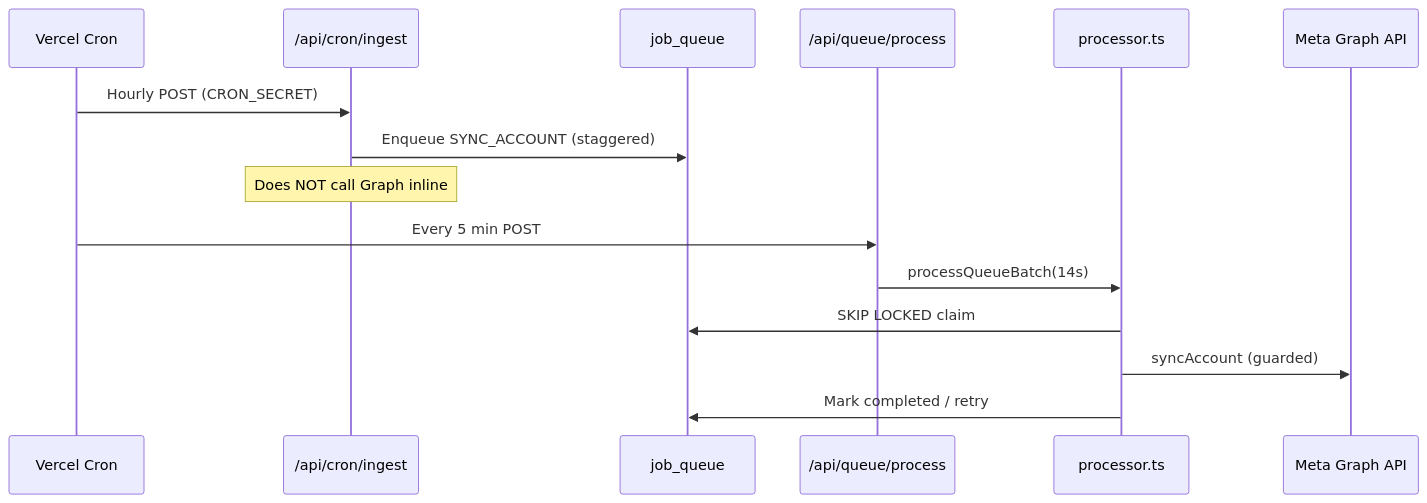
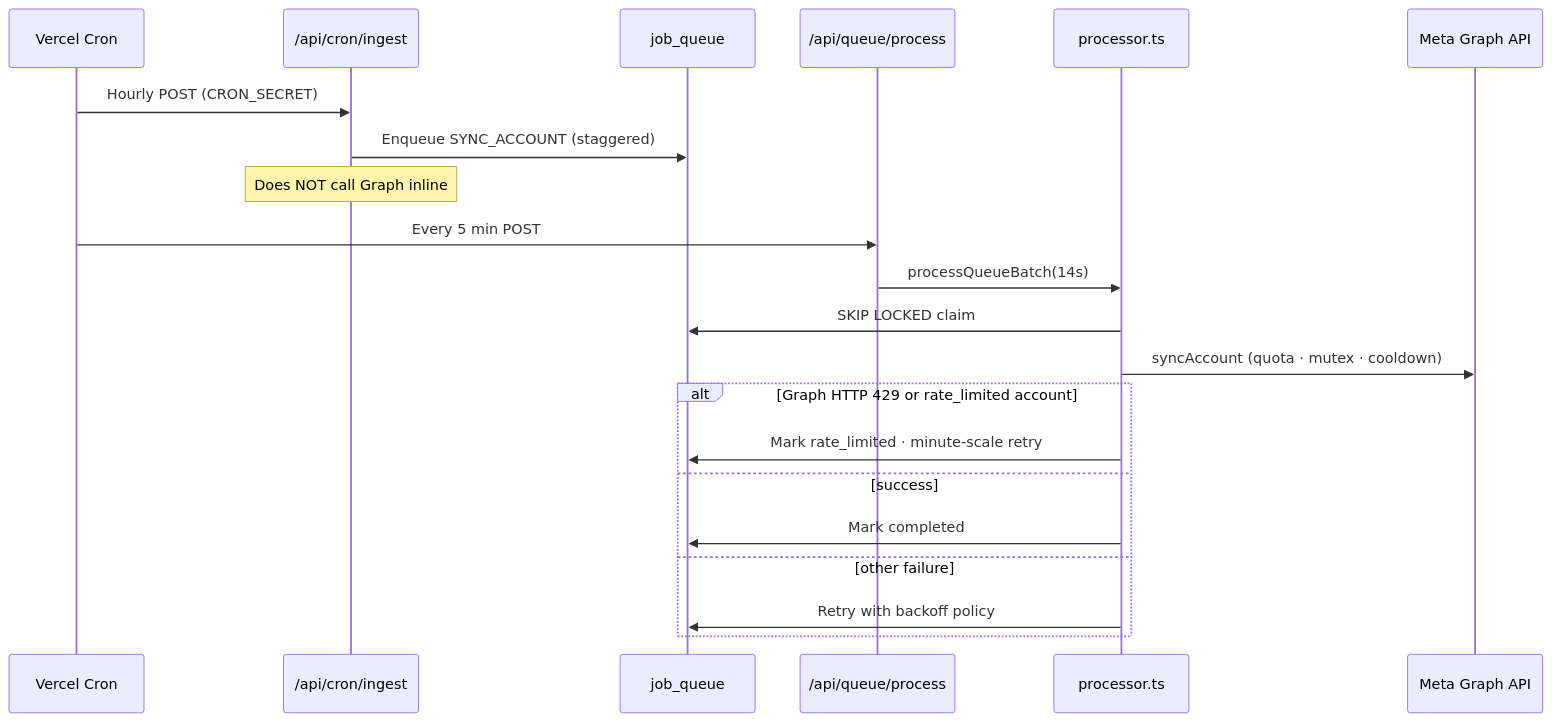
The diagram in docs/instagram-setup.md (Jainam2848/ReelMetrics), drawn with Mermaid before and after one commit. The commit also changed other lines of this file and 7 other files, not shown here.

First line of the commit message:
docs: align Mermaid diagrams across docs, spec, and playbook

````diff
--- a/docs/instagram-setup.md
+++ b/docs/instagram-setup.md
@@ -191,19 +191,26 @@
 ```mermaid
 sequenceDiagram
     participant Cron as Vercel Cron
     participant Ingest as /api/cron/ingest
     participant Queue as job_queue
     participant Process as /api/queue/process
     participant Worker as processor.ts
     participant IG as Meta Graph API
 
     Cron->>Ingest: Hourly POST (CRON_SECRET)
     Ingest->>Queue: Enqueue SYNC_ACCOUNT (staggered)
     Note over Ingest: Does NOT call Graph inline
 
     Cron->>Process: Every 5 min POST
     Process->>Worker: processQueueBatch(14s)
     Worker->>Queue: SKIP LOCKED claim
-    Worker->>IG: syncAccount (guarded)
-    Worker->>Queue: Mark completed / retry
+    Worker->>IG: syncAccount (quota · mutex · cooldown)
+
+    alt Graph HTTP 429 or rate_limited account
+        Worker->>Queue: Mark rate_limited · minute-scale retry
+    else success
+        Worker->>Queue: Mark completed
+    else other failure
+        Worker->>Queue: Retry with backoff policy
+    end
 ```
````
